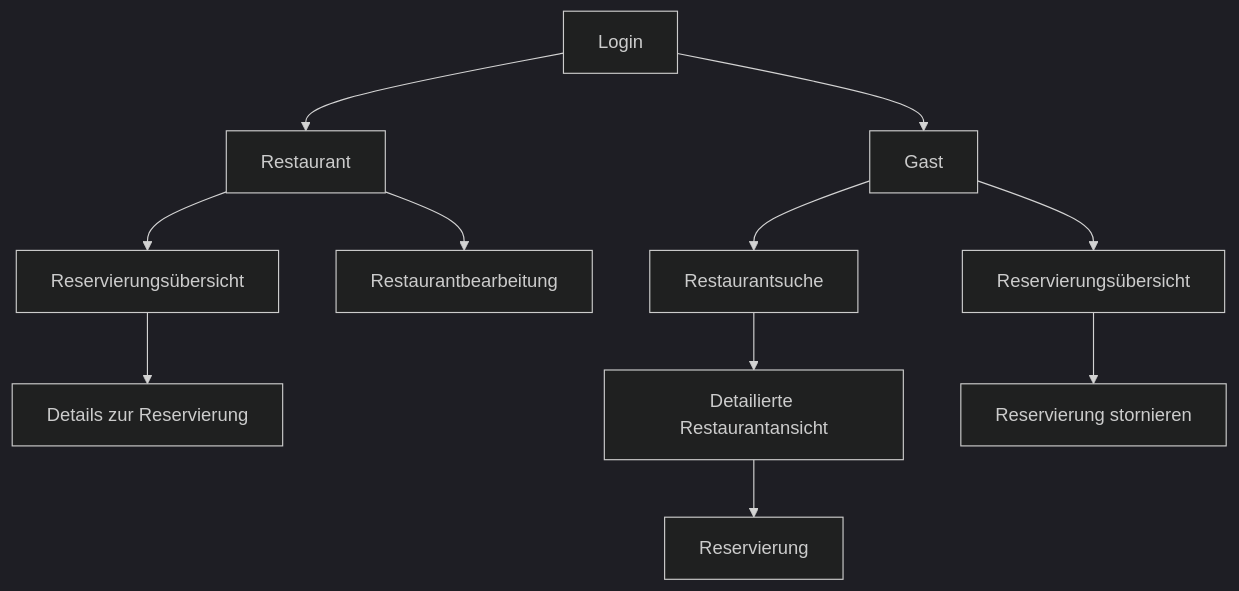
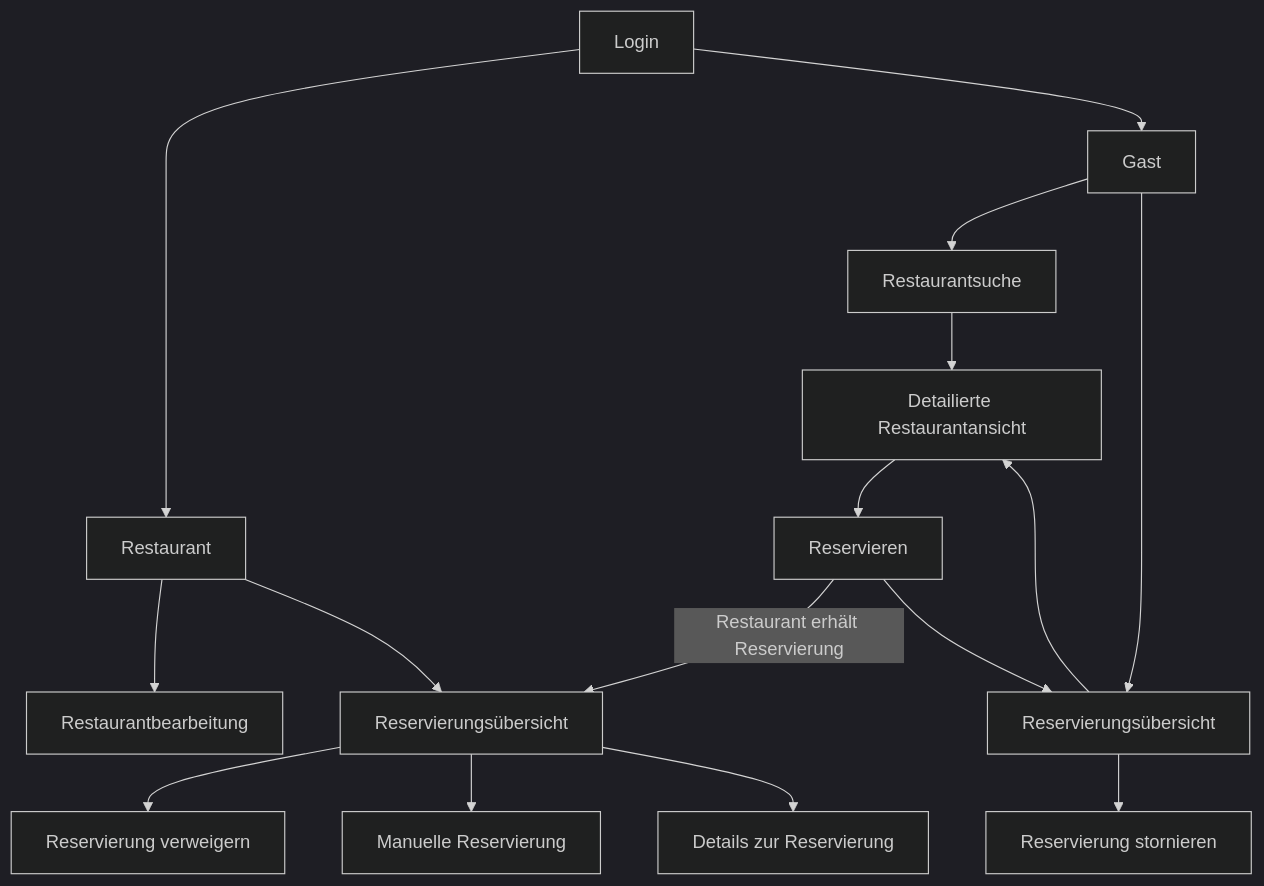
The first of 2 diagrams in Dokumentation/systembeschreibung.md (Tischreservierung/Dokumentation), drawn with Mermaid (dark theme) before and after one commit. The commit also changed other lines of this file, not shown here.

Commit message:
Added state diagram for reservation

````diff
--- a/Dokumentation/systembeschreibung.md
+++ b/Dokumentation/systembeschreibung.md
@@ -49,25 +28,32 @@
 ```mermaid
 graph TD
     A[Login]
     B[Restaurant]
     C[Gast]
     D[Restaurantsuche]
     E[Reservierungsübersicht]
     F[Restaurantbearbeitung]
     G[Detailierte Restaurantansicht]
-    H[Reservierung]
+    H[Reservieren]
     I[Reservierungsübersicht]
     J[Details zur Reservierung]
     K[Reservierung stornieren]
+    L[Reservierung verweigern]
+    M[Manuelle Reservierung]
 
     A --> B
     A --> C
+    B --> F
     B --> E
-    B --> F
     C --> D
     D --> G
     G --> H
+    H --Restaurant erhält Reservierung--> E
+    E --> L
+    E --> M
+    H --> I
     C --> I
+    I --> G
     E --> J
     I --> K
 ```
````
